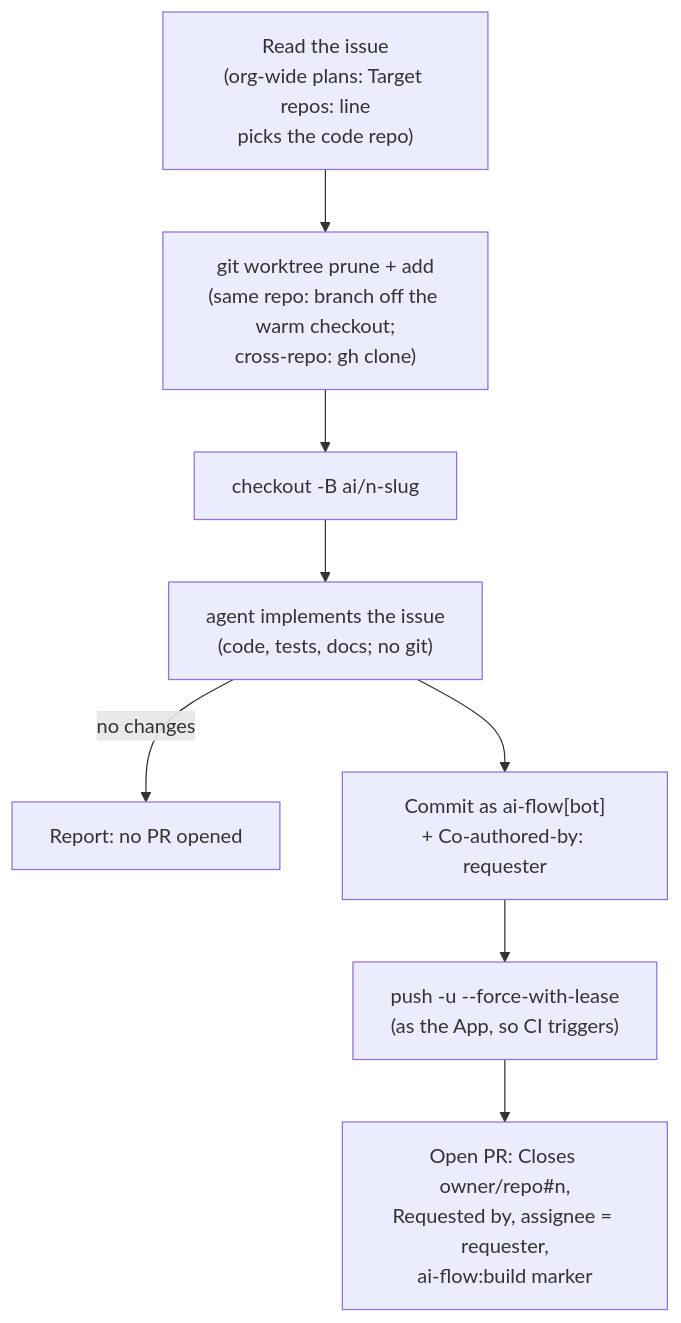
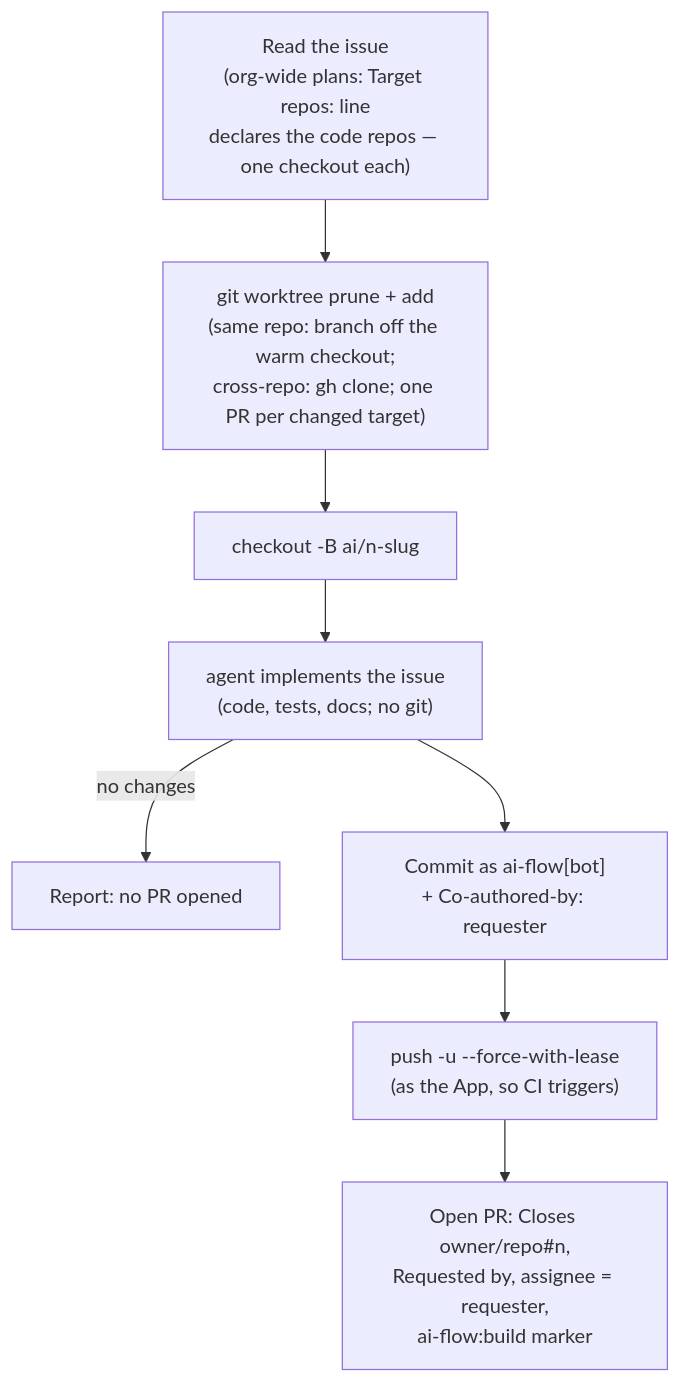
Before and after one commit to d3mlabs/ai-flow: the fifth of 6 diagrams in docs/architecture.md, drawn with Mermaid. The commit also changed 7 other files, not shown here.

First line of the commit message:
Honor every Target repos: entry — one checkout each, one PR per changed target

````diff
--- a/docs/architecture.md
+++ b/docs/architecture.md
@@ -294,10 +294,10 @@
 ```mermaid
 flowchart TD
-    issueRead["Read the issue<br/>(org-wide plans: Target repos: line<br/>picks the code repo)"] --> wt["git worktree prune + add<br/>(same repo: branch off the warm checkout;<br/>cross-repo: gh clone)"]
+    issueRead["Read the issue<br/>(org-wide plans: Target repos: line<br/>declares the code repos — one checkout each)"] --> wt["git worktree prune + add<br/>(same repo: branch off the warm checkout;<br/>cross-repo: gh clone; one PR per changed target)"]
     wt --> branch["checkout -B ai/n-slug"]
     branch --> agentRun["agent implements the issue<br/>(code, tests, docs; no git)"]
     agentRun -->|no changes| noPr["Report: no PR opened"]
     agentRun --> commit["Commit as ai-flow[bot]<br/>+ Co-authored-by: requester"]
     commit --> push["push -u --force-with-lease<br/>(as the App, so CI triggers)"]
     push --> openPr["Open PR: Closes owner/repo#n,<br/>Requested by, assignee = requester,<br/>ai-flow:build marker"]
 ```
````
